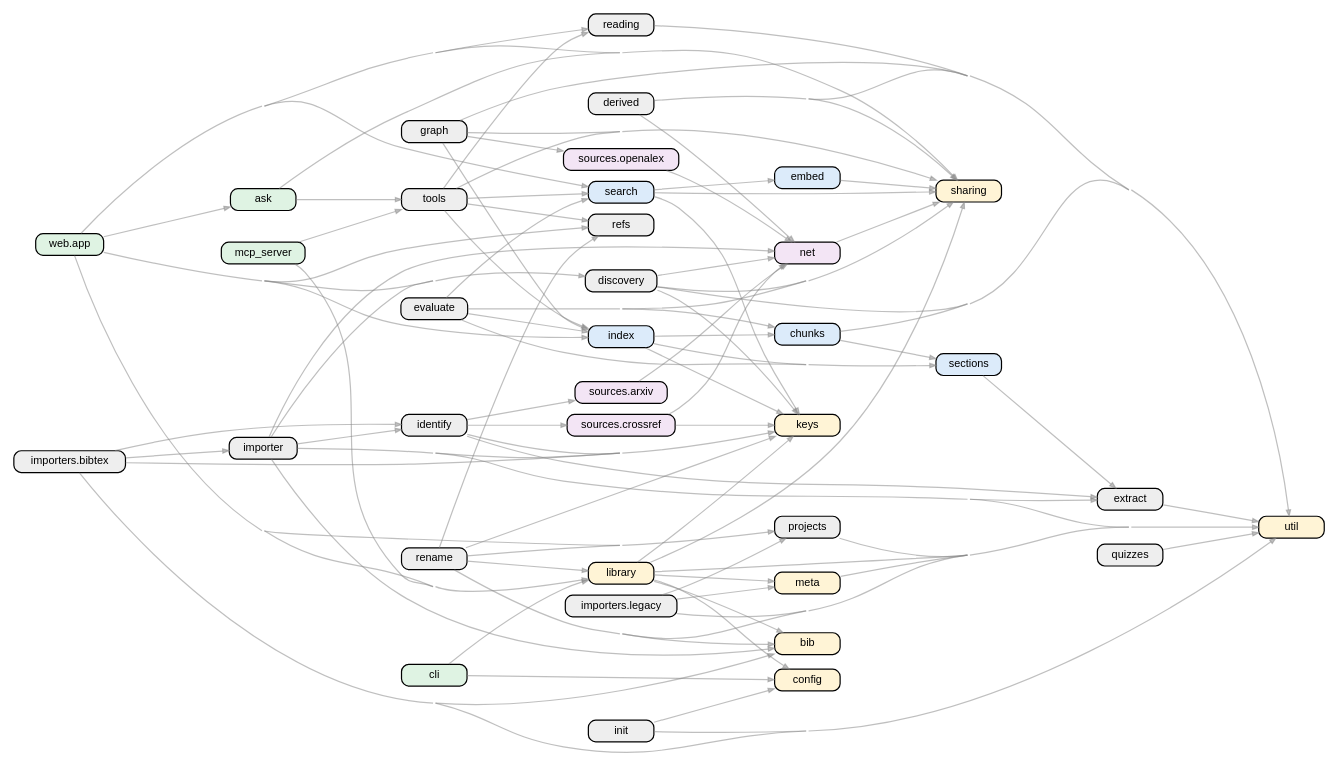
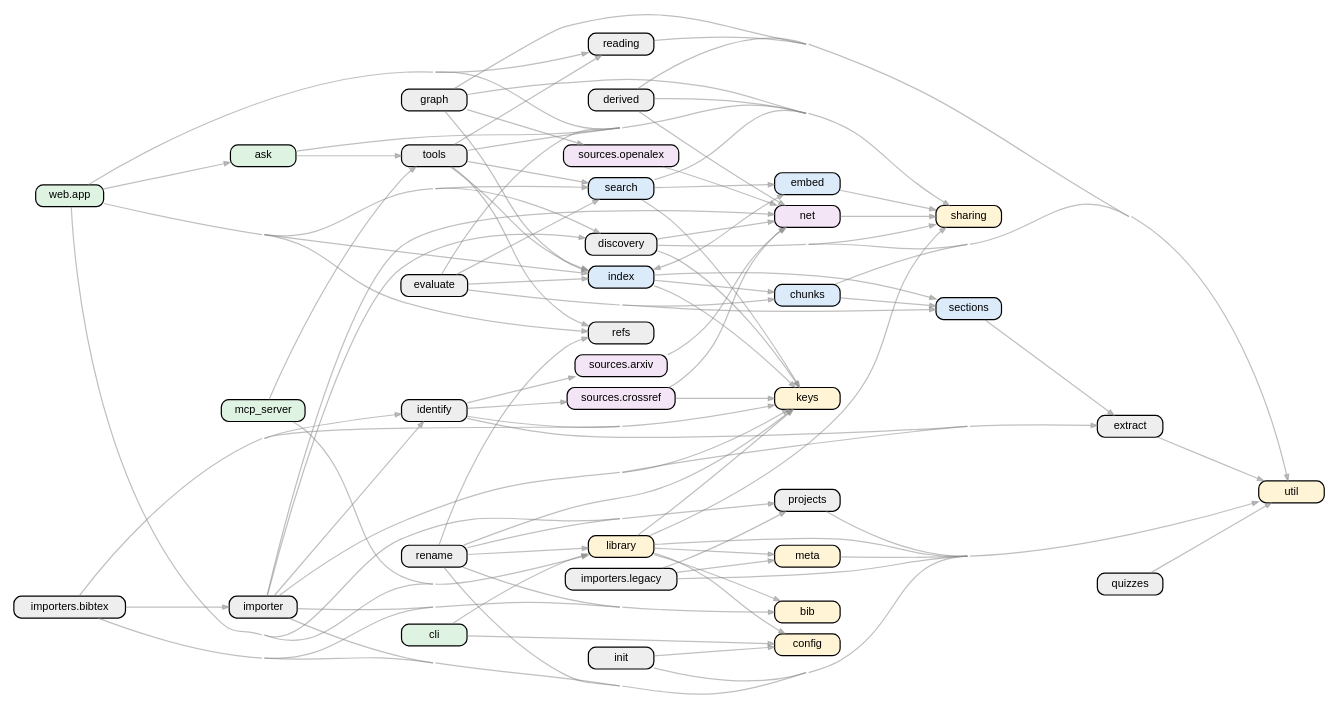
Before and after one commit to markmuetz/litnav: the diagram in docs/architecture/diagrams/modules.dot, drawn with Graphviz. The commit also changed 28 other files, not shown here.

```diff
--- a/docs/architecture/diagrams/modules.dot
+++ b/docs/architecture/diagrams/modules.dot
@@ -1,129 +1,131 @@
 digraph G { graph [rankdir=LR, fontname="Helvetica", ranksep=1.1, nodesep=0.12, concentrate=true];
  node [fontname="Helvetica", fontsize=9, shape=box, style="rounded,filled", height=0.25];
  edge [color="#88888888", arrowsize=0.5];
  "ask" [fillcolor="#DFF3E3"];
  "bib" [fillcolor="#FFF4D6"];
  "chunks" [fillcolor="#DCEBFA"];
  "cli" [fillcolor="#DFF3E3"];
  "config" [fillcolor="#FFF4D6"];
  "derived" [fillcolor="#EEEEEE"];
  "discovery" [fillcolor="#EEEEEE"];
  "embed" [fillcolor="#DCEBFA"];
  "evaluate" [fillcolor="#EEEEEE"];
  "extract" [fillcolor="#EEEEEE"];
  "graph" [fillcolor="#EEEEEE"];
  "identify" [fillcolor="#EEEEEE"];
  "importer" [fillcolor="#EEEEEE"];
  "importers.bibtex" [fillcolor="#EEEEEE"];
  "importers.legacy" [fillcolor="#EEEEEE"];
  "index" [fillcolor="#DCEBFA"];
  "init" [fillcolor="#EEEEEE"];
  "keys" [fillcolor="#FFF4D6"];
  "library" [fillcolor="#FFF4D6"];
  "mcp_server" [fillcolor="#DFF3E3"];
  "meta" [fillcolor="#FFF4D6"];
  "net" [fillcolor="#F3E5F5"];
  "projects" [fillcolor="#EEEEEE"];
  "quizzes" [fillcolor="#EEEEEE"];
  "reading" [fillcolor="#EEEEEE"];
  "refs" [fillcolor="#EEEEEE"];
  "rename" [fillcolor="#EEEEEE"];
  "search" [fillcolor="#DCEBFA"];
  "sections" [fillcolor="#DCEBFA"];
  "sharing" [fillcolor="#FFF4D6"];
  "sources.arxiv" [fillcolor="#F3E5F5"];
  "sources.crossref" [fillcolor="#F3E5F5"];
  "sources.openalex" [fillcolor="#F3E5F5"];
  "tools" [fillcolor="#EEEEEE"];
  "util" [fillcolor="#FFF4D6"];
  "web.app" [fillcolor="#DFF3E3"];
  "ask" -> "sharing";
  "ask" -> "tools";
  "chunks" -> "sections";
  "chunks" -> "util";
  "cli" -> "config";
  "cli" -> "library";
  "derived" -> "net";
  "derived" -> "sharing";
  "derived" -> "util";
  "discovery" -> "keys";
  "discovery" -> "net";
  "discovery" -> "sharing";
  "discovery" -> "util";
+ "embed" -> "index";
  "embed" -> "sharing";
  "evaluate" -> "chunks";
  "evaluate" -> "index";
  "evaluate" -> "search";
  "evaluate" -> "sections";
  "evaluate" -> "sharing";
  "extract" -> "util";
  "graph" -> "index";
  "graph" -> "sharing";
  "graph" -> "sources.openalex";
  "graph" -> "util";
  "identify" -> "extract";
  "identify" -> "keys";
  "identify" -> "sources.arxiv";
  "identify" -> "sources.crossref";
  "importer" -> "bib";
  "importer" -> "discovery";
  "importer" -> "extract";
  "importer" -> "identify";
  "importer" -> "keys";
  "importer" -> "net";
  "importer" -> "util";
  "importers.bibtex" -> "bib";
  "importers.bibtex" -> "identify";
  "importers.bibtex" -> "importer";
  "importers.bibtex" -> "keys";
  "importers.bibtex" -> "util";
  "importers.legacy" -> "meta";
  "importers.legacy" -> "projects";
  "importers.legacy" -> "util";
  "index" -> "chunks";
+ "index" -> "embed";
  "index" -> "keys";
  "index" -> "sections";
  "init" -> "config";
  "init" -> "util";
  "library" -> "bib";
  "library" -> "config";
  "library" -> "keys";
  "library" -> "meta";
  "library" -> "sharing";
  "library" -> "util";
  "mcp_server" -> "library";
  "mcp_server" -> "tools";
  "meta" -> "util";
  "net" -> "sharing";
  "projects" -> "util";
  "quizzes" -> "util";
  "reading" -> "util";
  "rename" -> "bib";
  "rename" -> "keys";
  "rename" -> "library";
  "rename" -> "projects";
  "rename" -> "refs";
  "rename" -> "util";
  "search" -> "embed";
  "search" -> "keys";
  "search" -> "sharing";
  "sections" -> "extract";
  "sources.arxiv" -> "net";
  "sources.crossref" -> "keys";
  "sources.crossref" -> "net";
  "sources.openalex" -> "net";
  "tools" -> "index";
  "tools" -> "reading";
  "tools" -> "refs";
  "tools" -> "search";
  "tools" -> "sharing";
  "web.app" -> "ask";
  "web.app" -> "discovery";
  "web.app" -> "index";
  "web.app" -> "library";
  "web.app" -> "projects";
  "web.app" -> "reading";
  "web.app" -> "refs";
  "web.app" -> "search";
  "web.app" -> "sharing";
 }
```
